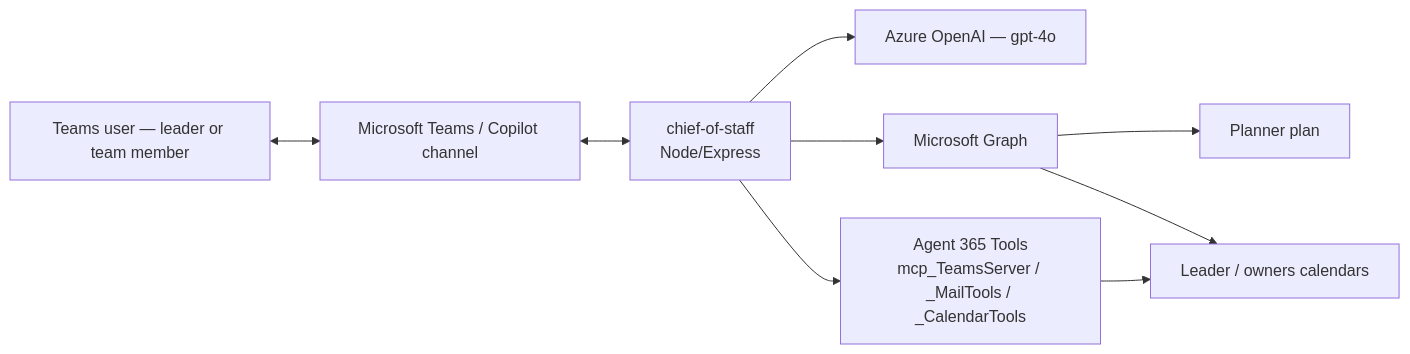
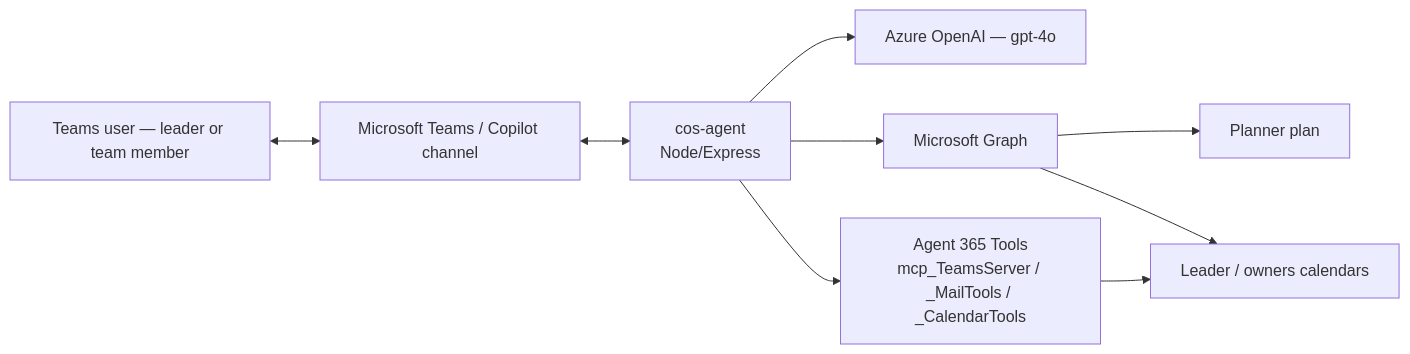
Before and after one commit to microsoft/Agent365-Samples: the first of 9 diagrams in scenarios/chief-of-staff/DESIGN.md, drawn with Mermaid. The commit also changed other lines of this file and 17 other files, not shown here.

First line of the commit message:
refactor(chief-of-staff): sync latest cos-agent — obs polish + card/scheduler edits

````diff
--- a/scenarios/chief-of-staff/DESIGN.md
+++ b/scenarios/chief-of-staff/DESIGN.md
@@ -65,20 +65,20 @@
 ```mermaid
 flowchart LR
   User[Teams user — leader or team member]
   Teams[Microsoft Teams / Copilot channel]
-  Cos[chief-of-staff<br/>Node/Express]
+  Cos[cos-agent<br/>Node/Express]
   Foundry[Azure OpenAI — gpt-4o]
   Graph[Microsoft Graph]
   MCP[Agent 365 Tools<br/>mcp_TeamsServer / _MailTools / _CalendarTools]
   Planner[Planner plan]
   Cal[Leader / owners calendars]
 
   User <--> Teams
   Teams <--> Cos
   Cos --> Foundry
   Cos --> Graph
   Cos --> MCP
   Graph --> Planner
   Graph --> Cal
   MCP --> Cal
 ```
````
